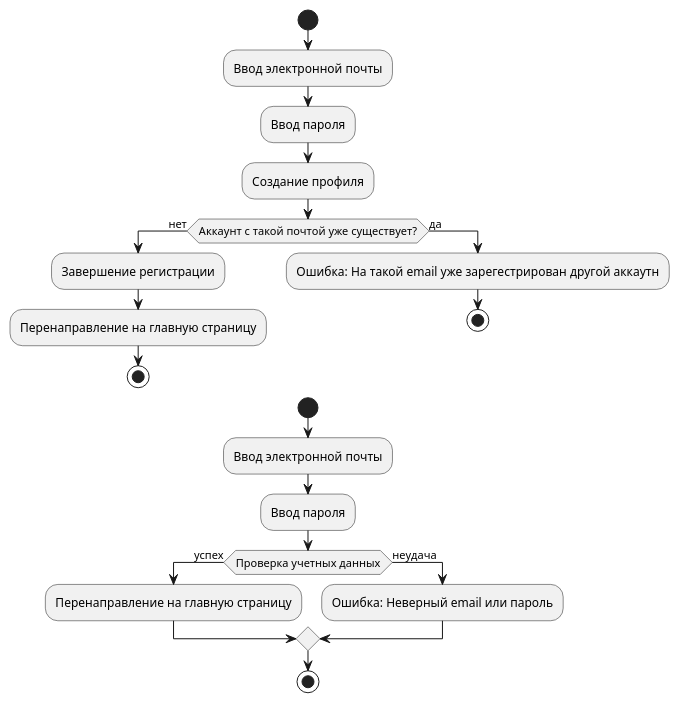
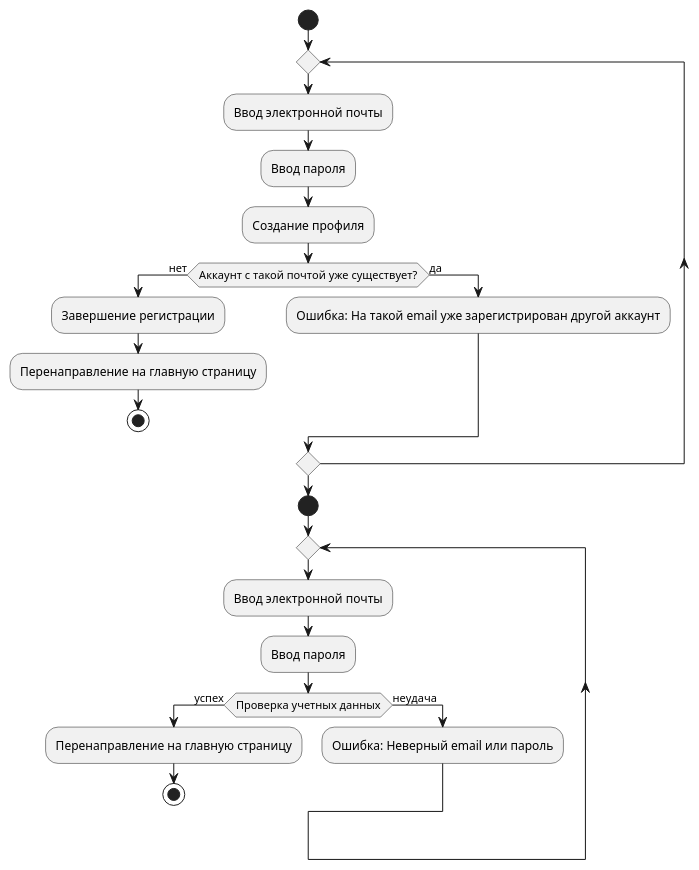
The diagram in doc/diagrams/AuthRegAD.puml (kemmed/KanbanApp), drawn with PlantUML before and after one commit. The commit also changed 36 other files, not shown here.

```diff
--- a/doc/diagrams/AuthRegAD.puml
+++ b/doc/diagrams/AuthRegAD.puml
@@ -1,24 +1,27 @@
 @startuml AuthRegAD
 start
-:Ввод электронной почты;
-:Ввод пароля;
-:Создание профиля;
-if (Аккаунт с такой почтой уже существует?) then (нет)
-    :Завершение регистрации;
-    :Перенаправление на главную страницу;
-    stop
-else (да)
-    :Ошибка: На такой email уже зарегестрирован другой аккаутн;
-    stop
-endif
+repeat
+    :Ввод электронной почты;
+    :Ввод пароля;
+    :Создание профиля;
+    if (Аккаунт с такой почтой уже существует?) then (нет)
+        :Завершение регистрации;
+        :Перенаправление на главную страницу;
+        stop
+    else (да)
+        :Ошибка: На такой email уже зарегистрирован другой аккаунт;
+    endif
+repeat while
 
 start
-:Ввод электронной почты;
-:Ввод пароля;
-if (Проверка учетных данных) then (успех)
-    :Перенаправление на главную страницу;
-else (неудача)
-    :Ошибка: Неверный email или пароль;
-endif
-stop
+repeat
+    :Ввод электронной почты;
+    :Ввод пароля;
+    if (Проверка учетных данных) then (успех)
+        :Перенаправление на главную страницу;
+        stop
+    else (неудача)
+        :Ошибка: Неверный email или пароль;
+    endif
+repeat while 
 @enduml
```
